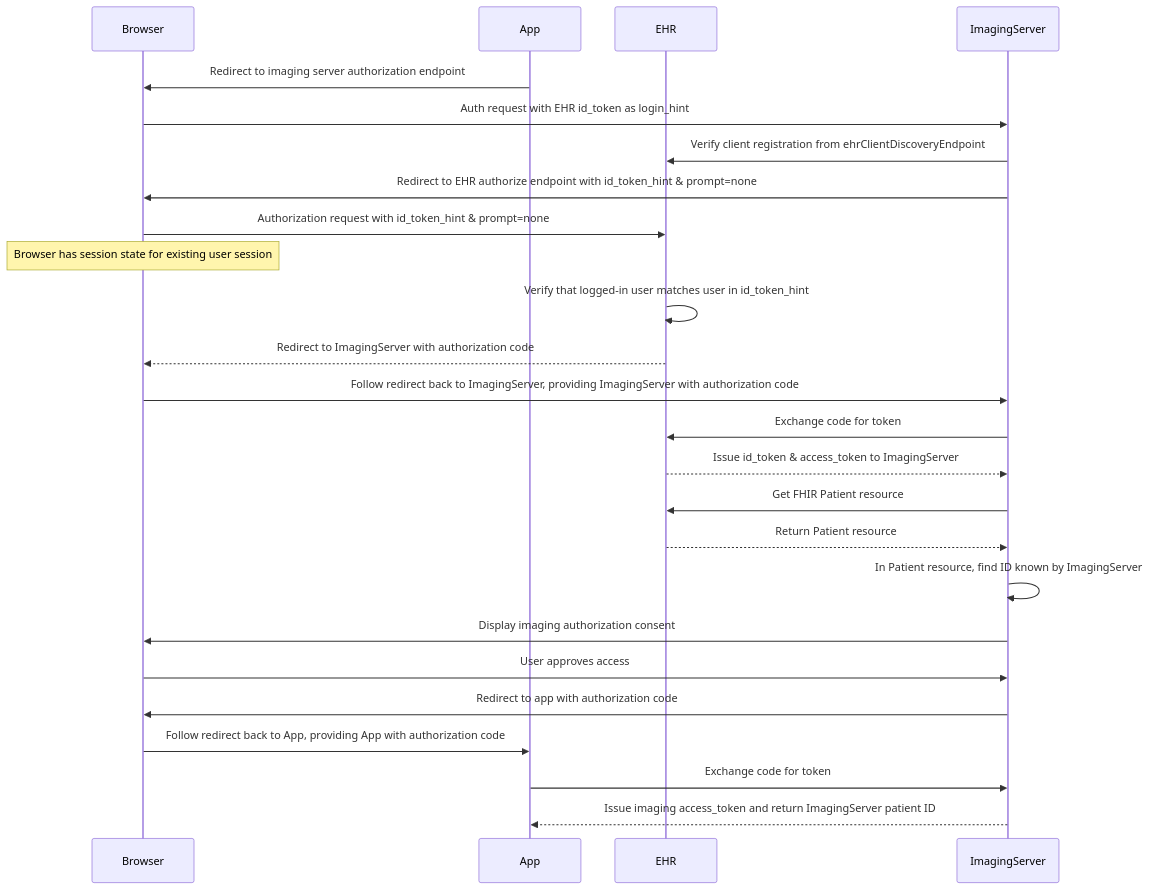
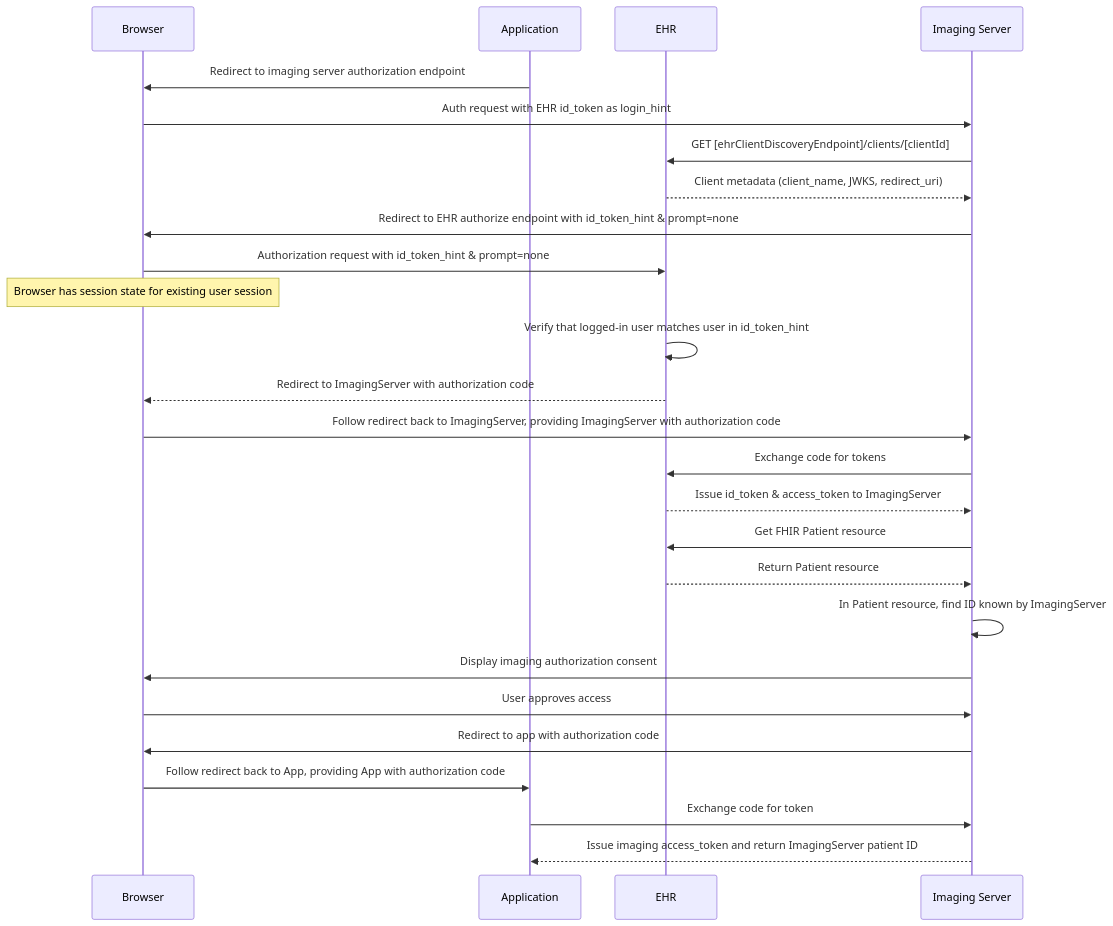
The third of 4 diagrams in input/pagecontent/solution-dual-smart-launch.md (bvdh/smart-multi-auth), drawn with Mermaid before and after one commit. The commit also changed other lines of this file, not shown here.

````diff
--- a/input/pagecontent/solution-dual-smart-launch.md
+++ b/input/pagecontent/solution-dual-smart-launch.md
@@ -133,30 +132,31 @@
 ```mermaid
 sequenceDiagram
     participant Browser
-    participant App
+    participant App as Application
     participant EHR
-    participant ImagingServer
+    participant ImagingServer as Imaging Server
     
     App->>Browser: Redirect to imaging server authorization endpoint
     Browser->>ImagingServer: Auth request with EHR id_token as login_hint
-    ImagingServer->>EHR: Verify client registration from ehrClientDiscoveryEndpoint
+    ImagingServer->>EHR: GET [ehrClientDiscoveryEndpoint]/clients/[clientId]
+    EHR-->>ImagingServer: Client metadata (client_name, JWKS, redirect_uri)
     ImagingServer->>Browser: Redirect to EHR authorize endpoint with id_token_hint & prompt=none
     Browser->>EHR: Authorization request with id_token_hint & prompt=none
     Note over Browser: Browser has session state for existing user session 
     EHR->>EHR: Verify that logged-in user matches user in id_token_hint
     EHR-->>Browser: Redirect to ImagingServer with authorization code
     Browser->>ImagingServer: Follow redirect back to ImagingServer, providing ImagingServer with authorization code
-    ImagingServer->>EHR: Exchange code for token
+    ImagingServer->>EHR: Exchange code for tokens
     EHR-->>ImagingServer: Issue id_token & access_token to ImagingServer 
     
     ImagingServer->>EHR: Get FHIR Patient resource
     EHR-->>ImagingServer: Return Patient resource
     ImagingServer->>ImagingServer: In Patient resource, find ID known by ImagingServer
     
     ImagingServer->>Browser: Display imaging authorization consent
     Browser->>ImagingServer: User approves access
     ImagingServer->>Browser: Redirect to app with authorization code
     Browser->>App: Follow redirect back to App, providing App with authorization code
     App->>ImagingServer: Exchange code for token
     ImagingServer-->>App: Issue imaging access_token and return ImagingServer patient ID
 ```
````
